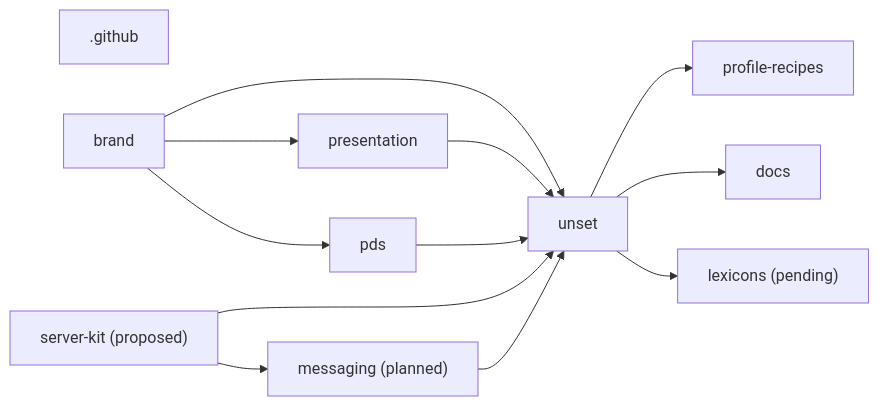
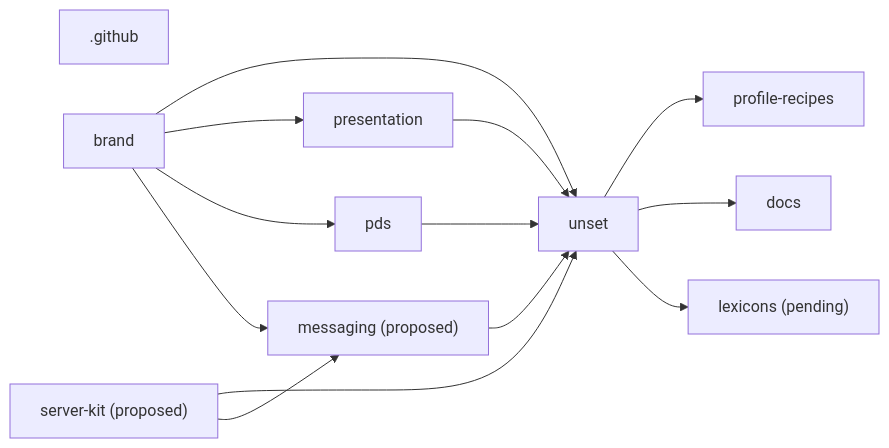
One commit to unset-sh/.github changed the diagram in MAP.md. Above: the diagram before and after it, drawn with Mermaid. The commit also changed other lines of this file and 2 other files, not shown here.

First line of the commit message:
Describe messaging as the messaging plan has it

````diff
--- a/MAP.md
+++ b/MAP.md
@@ -30,24 +30,25 @@
 ```mermaid
 flowchart LR
   r_unset["unset"]
   r__github[".github"]
   r_brand["brand"]
   r_presentation["presentation"]
   r_profile_recipes["profile-recipes"]
   r_docs["docs"]
   r_pds["pds"]
   r_lexicons["lexicons (pending)"]
-  r_messaging["messaging (planned)"]
+  r_messaging["messaging (proposed)"]
   r_server_kit["server-kit (proposed)"]
   r_brand --> r_unset
   r_presentation --> r_unset
   r_messaging --> r_unset
   r_server_kit --> r_unset
   r_pds --> r_unset
   r_brand --> r_presentation
   r_unset --> r_profile_recipes
   r_unset --> r_docs
   r_brand --> r_pds
   r_unset --> r_lexicons
+  r_brand --> r_messaging
   r_server_kit --> r_messaging
 ```
````
